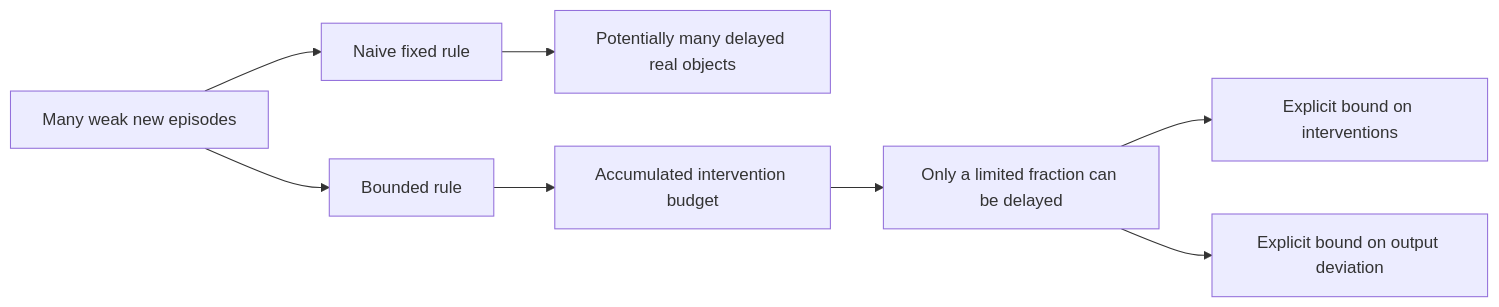
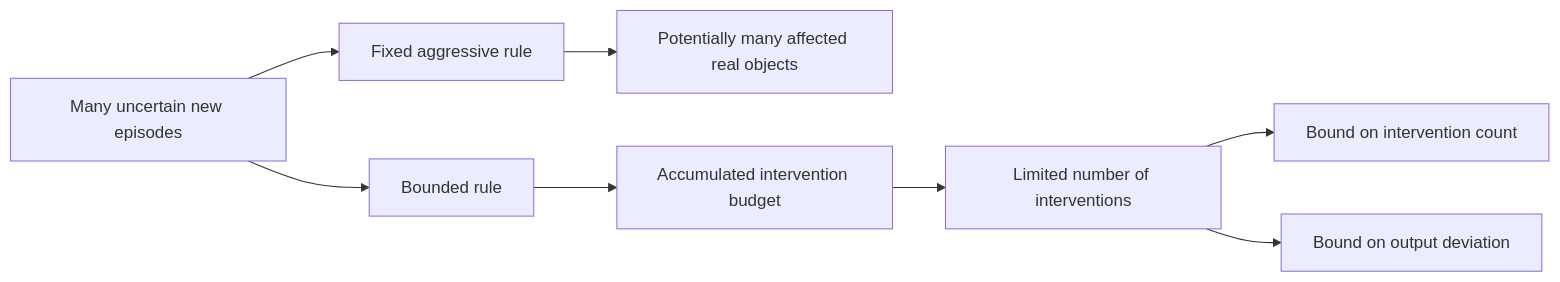
The third of 6 diagrams in README.md (lebedeffson/Defense4UAVSwarm), drawn with Mermaid before and after one commit. The commit also changed other lines of this file and 5 other files, not shown here.

````diff
--- a/README.md
+++ b/README.md
@@ -87,10 +91,10 @@
 ```mermaid
 flowchart LR
-    A[Many weak new episodes] --> B[Naive fixed rule]
-    B --> C[Potentially many delayed real objects]
+    A[Many uncertain new episodes] --> B[Fixed aggressive rule]
+    B --> C[Potentially many affected real objects]
     A --> D[Bounded rule]
     D --> E[Accumulated intervention budget]
-    E --> F[Only a limited fraction can be delayed]
-    F --> G[Explicit bound on interventions]
-    F --> H[Explicit bound on output deviation]
+    E --> F[Limited number of interventions]
+    F --> G[Bound on intervention count]
+    F --> H[Bound on output deviation]
 ```
````
